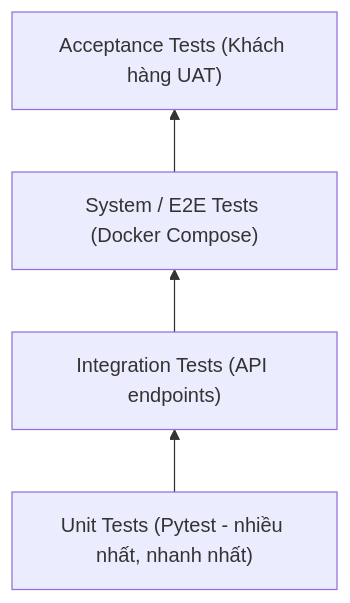
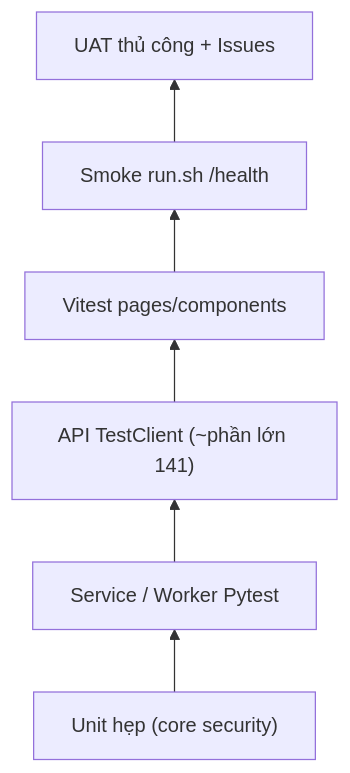
One commit to se-bros/hcmus-projectmanage--lab changed the fourth of 4 diagrams in final-exam/preparation/5_CICD_DevOps_Testing/README.md. Above: the diagram before and after it, drawn with Mermaid. The commit also changed other lines of this file and 7 other files, not shown here.

````diff
--- a/final-exam/preparation/5_CICD_DevOps_Testing/README.md
+++ b/final-exam/preparation/5_CICD_DevOps_Testing/README.md
@@ -178,7 +186,8 @@
 ```mermaid
 flowchart BT
-    %% Tự hoàn thiện sơ đồ Test Pyramid
-    Unit["Unit Tests (Pytest - nhiều nhất, nhanh nhất)"] --> Integration["Integration Tests (API endpoints)"]
-    Integration --> System["System / E2E Tests (Docker Compose)"]
-    System --> UAT["Acceptance Tests (Khách hàng UAT)"]
+    Unit["Unit hẹp (core security)"] --> Svc["Service / Worker Pytest"]
+    Svc --> API["API TestClient (~phần lớn 141)"]
+    API --> FE["Vitest pages/components"]
+    FE --> Smoke["Smoke run.sh /health"]
+    Smoke --> UAT["UAT thủ công + Issues"]
 ```
````
